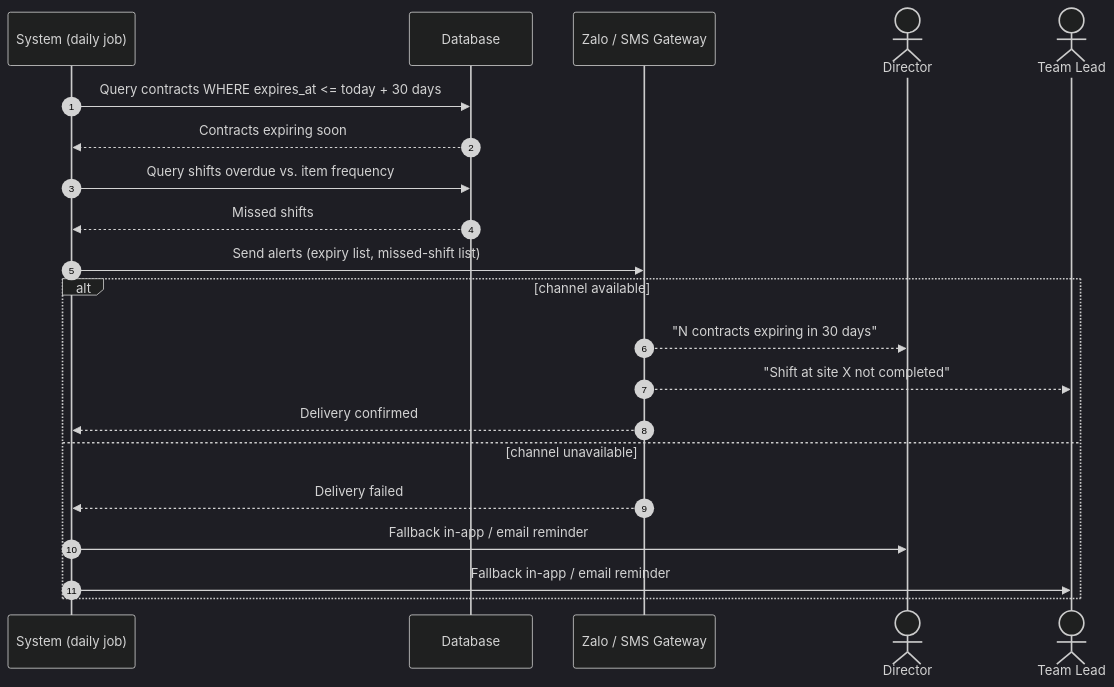
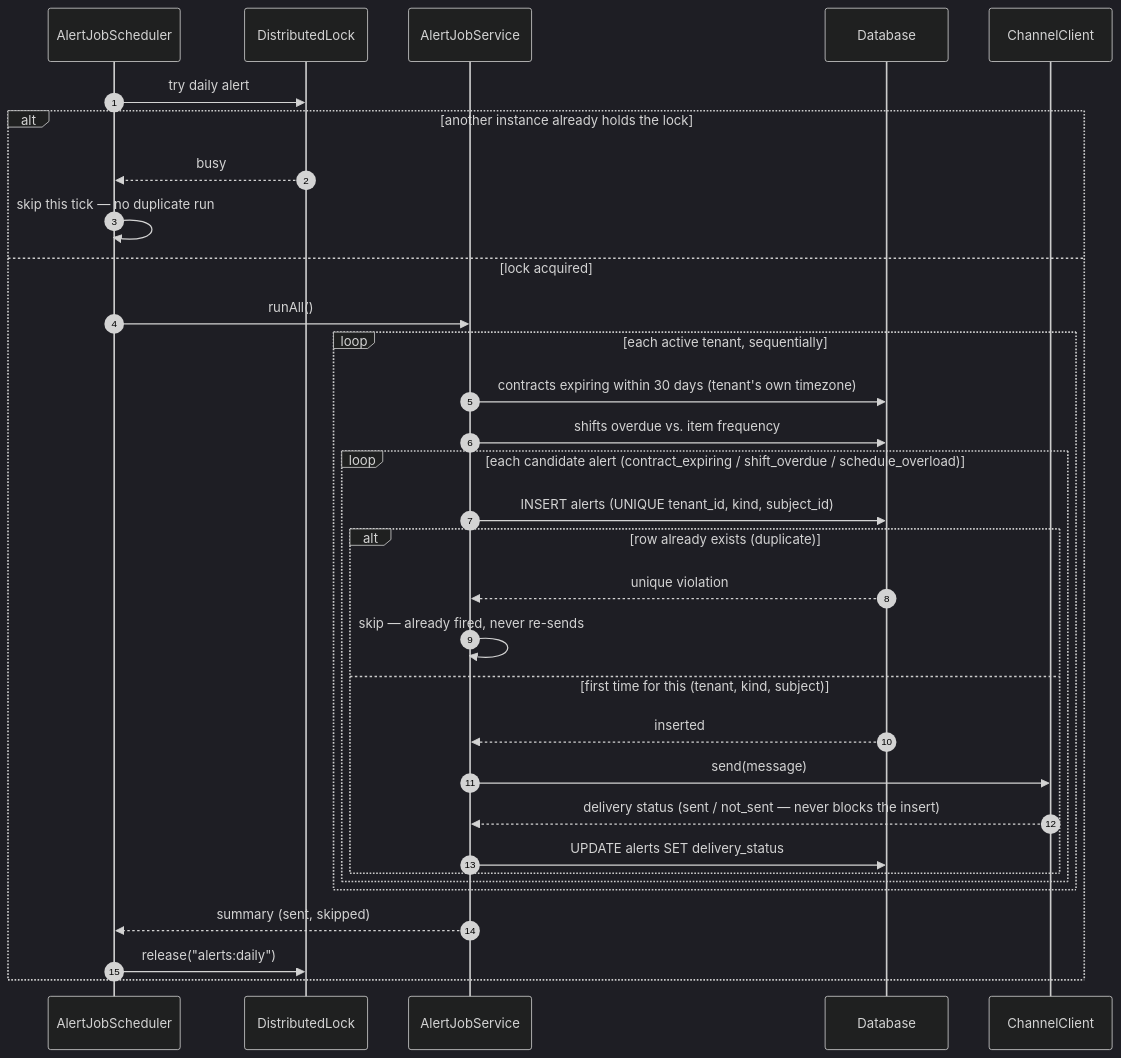
One commit to dDxCg/contrack changed the sixth of 12 diagrams in docs/08-sequence-diagram.md. Above: the diagram before and after it, drawn with Mermaid (dark theme). The commit also changed other lines of this file and 2 other files, not shown here.

Commit message:
sync staled class diagram and sequence diagrams

````diff
--- a/docs/08-sequence-diagram.md
+++ b/docs/08-sequence-diagram.md
@@ -141,24 +158,35 @@
 ```mermaid
 sequenceDiagram
     autonumber
-    participant Scheduler as System (daily job)
+    participant Cron as AlertJobScheduler
+    participant Lock as DistributedLock
+    participant Job as AlertJobService
     participant DB as Database
-    participant Channel as Zalo / SMS Gateway
-    actor Director
-    actor TeamLead as Team Lead
+    participant Channel as ChannelClient
 
-    Scheduler->>DB: Query contracts WHERE expires_at <= today + 30 days
-    DB-->>Scheduler: Contracts expiring soon
-    Scheduler->>DB: Query shifts overdue vs. item frequency
-    DB-->>Scheduler: Missed shifts
-    Scheduler->>Channel: Send alerts (expiry list, missed-shift list)
-    alt channel available
-        Channel-->>Director: "N contracts expiring in 30 days"
-        Channel-->>TeamLead: "Shift at site X not completed"
-        Channel-->>Scheduler: Delivery confirmed
-    else channel unavailable
-        Channel-->>Scheduler: Delivery failed
-        Scheduler->>Director: Fallback in-app / email reminder
-        Scheduler->>TeamLead: Fallback in-app / email reminder
+    Cron->>Lock: try daily alert
+    alt another instance already holds the lock
+        Lock-->>Cron: busy
+        Cron->>Cron: skip this tick — no duplicate run
+    else lock acquired
+        Cron->>Job: runAll()
+        loop each active tenant, sequentially
+            Job->>DB: contracts expiring within 30 days (tenant's own timezone)
+            Job->>DB: shifts overdue vs. item frequency
+            loop each candidate alert (contract_expiring / shift_overdue / schedule_overload)
+                Job->>DB: INSERT alerts (UNIQUE tenant_id, kind, subject_id)
+                alt row already exists (duplicate)
+                    DB-->>Job: unique violation
+                    Job->>Job: skip — already fired, never re-sends
+                else first time for this (tenant, kind, subject)
+                    DB-->>Job: inserted
+                    Job->>Channel: send(message)
+                    Channel-->>Job: delivery status (sent / not_sent — never blocks the insert)
+                    Job->>DB: UPDATE alerts SET delivery_status
+                end
+            end
+        end
+        Job-->>Cron: summary (sent, skipped)
+        Cron->>Lock: release("alerts:daily")
     end
 ```
````
